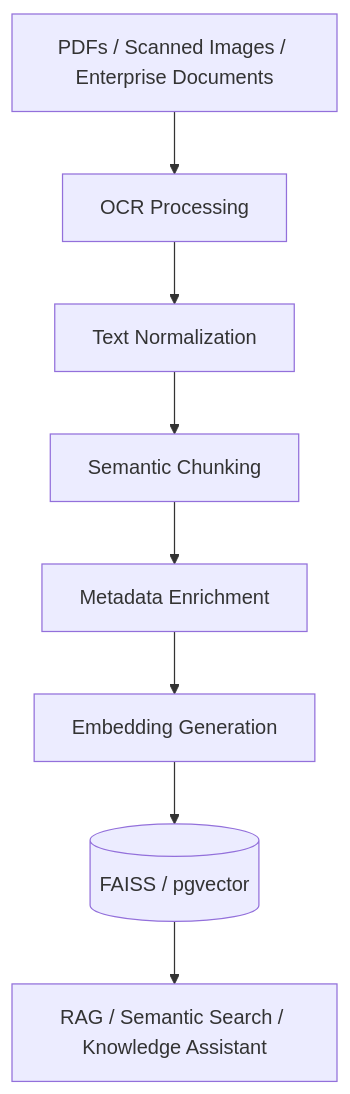
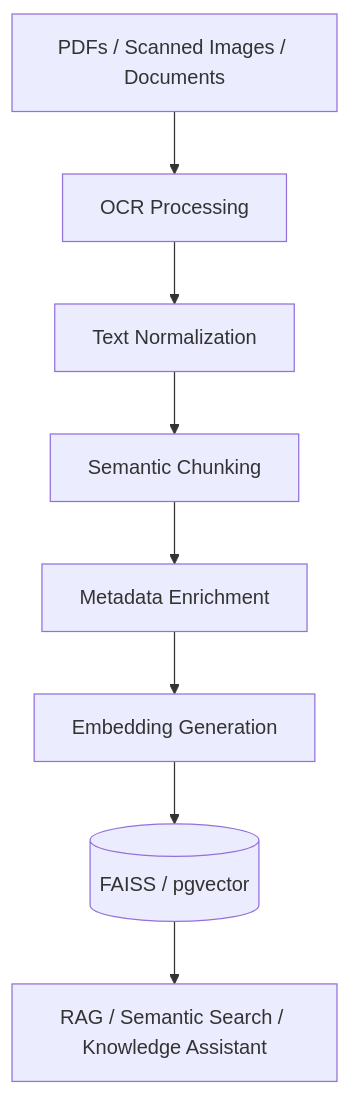
One commit to dhanumjayasaggurthi/dhanumjayasaggurthi changed the fourth of 4 diagrams in README.md. Above: the diagram before and after it, drawn with Mermaid. The commit also changed other lines of this file, not shown here.

Commit message:
Update README with new profile and architecture details

````diff
--- a/README.md
+++ b/README.md
@@ -204,10 +192,10 @@
 ```mermaid
 flowchart TD
-    A[PDFs / Scanned Images / Enterprise Documents] --> B[OCR Processing]
+    A[PDFs / Scanned Images / Documents] --> B[OCR Processing]
     B --> C[Text Normalization]
     C --> D[Semantic Chunking]
     D --> E[Metadata Enrichment]
     E --> F[Embedding Generation]
     F --> G[(FAISS / pgvector)]
     G --> H[RAG / Semantic Search / Knowledge Assistant]
 ```
````
